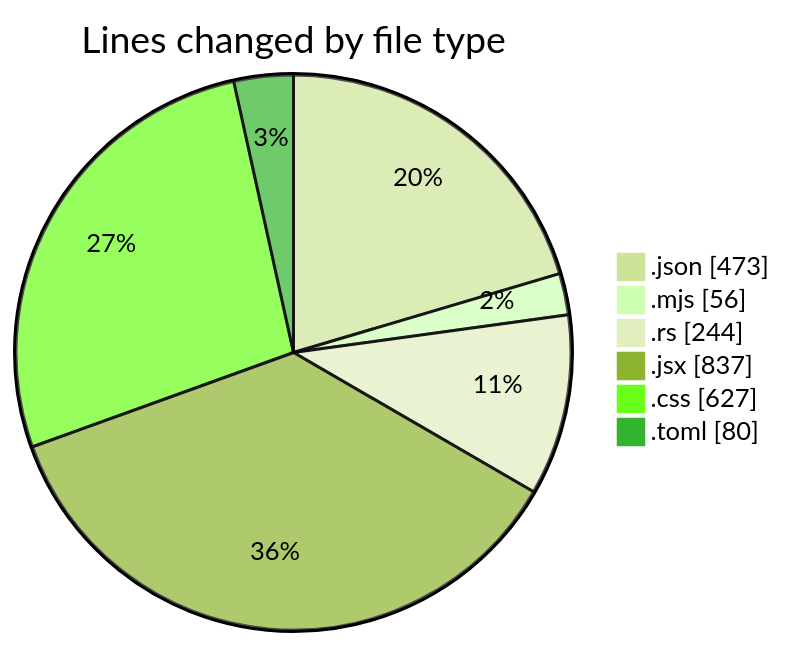
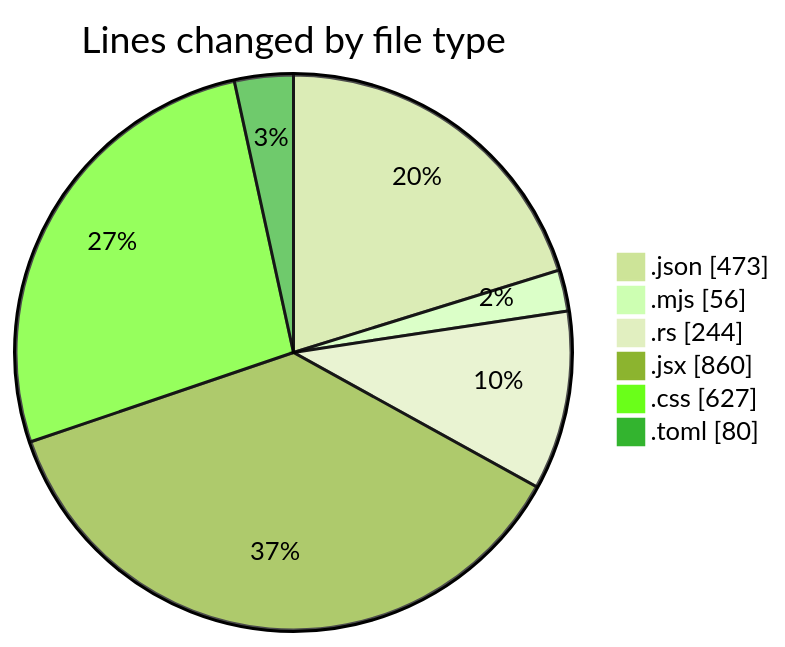
Before and after one commit to charlie-sans/code-tracking: the first of 2 diagrams in 2025-01-28/trollerboard/README.md, drawn with Mermaid (forest theme). The commit also changed other lines of this file and 1 other file, not shown here.

````diff
--- a/2025-01-28/trollerboard/README.md
+++ b/2025-01-28/trollerboard/README.md
@@ -30,10 +30,10 @@
 ```mermaid
 pie showData
 title Lines changed by file type
 ".json" : 473
 ".mjs" : 56
 ".rs" : 244
-".jsx" : 837
+".jsx" : 860
 ".css" : 627
 ".toml" : 80
 ```
````
